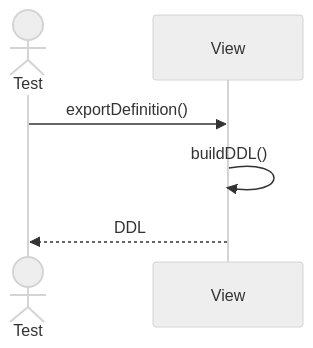
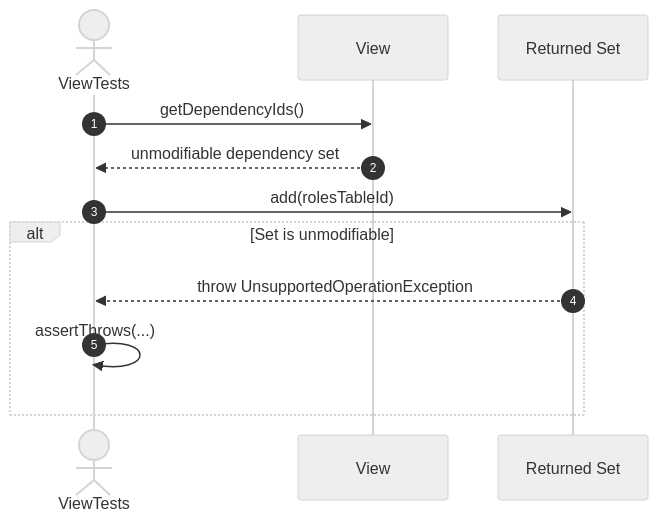
One commit to FhuAnn/-bbv-AN-s-DBMS changed diagram 13 of 21 in src/tests/unit/metadata/sequences/view-testing.se.md. Above: the diagram before and after it, drawn with Mermaid (neutral theme). The commit also changed other lines of this file and 60 other files, not shown here.

Commit message:
refactor data table, row, column, constraint, index test file

````diff
--- a/src/tests/unit/metadata/sequences/view-testing.se.md
+++ b/src/tests/unit/metadata/sequences/view-testing.se.md
@@ -193,9 +220,16 @@
 ```mermaid
 sequenceDiagram
-actor Test
-participant View
+    autonumber
+    actor Test as ViewTests
+    participant View as View
+    participant Dependencies as Returned Set
 
-Test->>View: exportDefinition()
-View->>View: buildDDL()
-View-->>Test: DDL
+    Test->>View: getDependencyIds()
+    View-->>Test: unmodifiable dependency set
+
+    Test->>Dependencies: add(rolesTableId)
+    alt Set is unmodifiable
+        Dependencies-->>Test: throw UnsupportedOperationException
+        Test->>Test: assertThrows(...)
+    end
 ```
````
